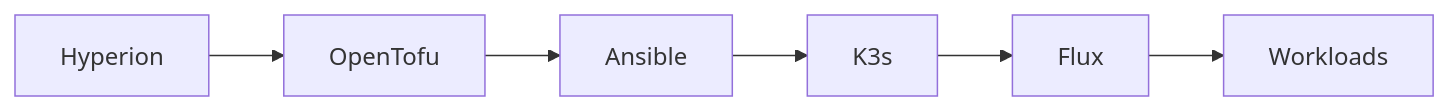
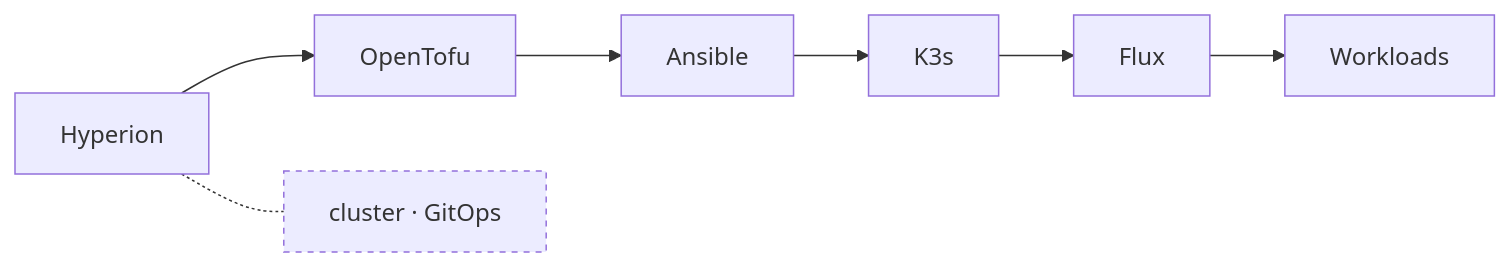
Before and after one commit to hackelia-micrantha/.github: the eighth of 9 diagrams in profile/README.md, drawn with Mermaid. The commit also changed other lines of this file, not shown here.

Commit message:
docs: add terse Mermaid note labels

````diff
--- a/profile/README.md
+++ b/profile/README.md
@@ -218,5 +243,8 @@
 ```mermaid
 flowchart LR
   H["Hyperion"] --> T["OpenTofu"] --> A["Ansible"]
   A --> K["K3s"] --> F["Flux"] --> W["Workloads"]
+
+  H -.- HN["cluster · GitOps"]:::note
+  classDef note stroke-dasharray: 4 4;
 ```
````
